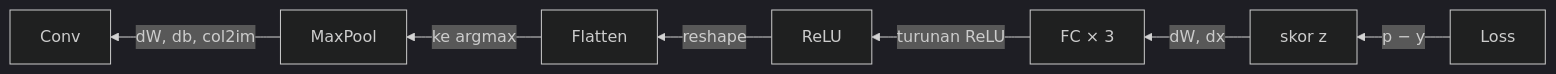
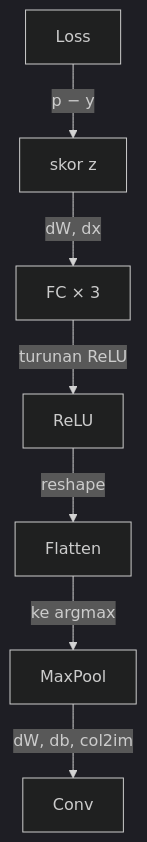
One commit to arisros/pothole-detection changed the fourth of 5 diagrams in makalah/makalah-deteksi-jalan-berlubang-cnn.md. Above: the diagram before and after it, drawn with Mermaid (dark theme). The commit also changed other lines of this file and 8 other files, not shown here.

First line of the commit message:
Makalah: syntax highlight kode + semua diagram vertikal (TB)

````diff
--- a/makalah/makalah-deteksi-jalan-berlubang-cnn.md
+++ b/makalah/makalah-deteksi-jalan-berlubang-cnn.md
@@ -573,9 +573,9 @@
 ```mermaid
-flowchart RL
+flowchart TB
     P["Loss"] -->|"p − y"| Z["skor z"]
     Z -->|"dW, dx"| F["FC × 3"]
     F -->|"turunan ReLU"| R["ReLU"]
     R -->|"reshape"| FL["Flatten"]
     FL -->|"ke argmax"| PO["MaxPool"]
     PO -->|"dW, db, col2im"| CO["Conv"]
 ```
````
